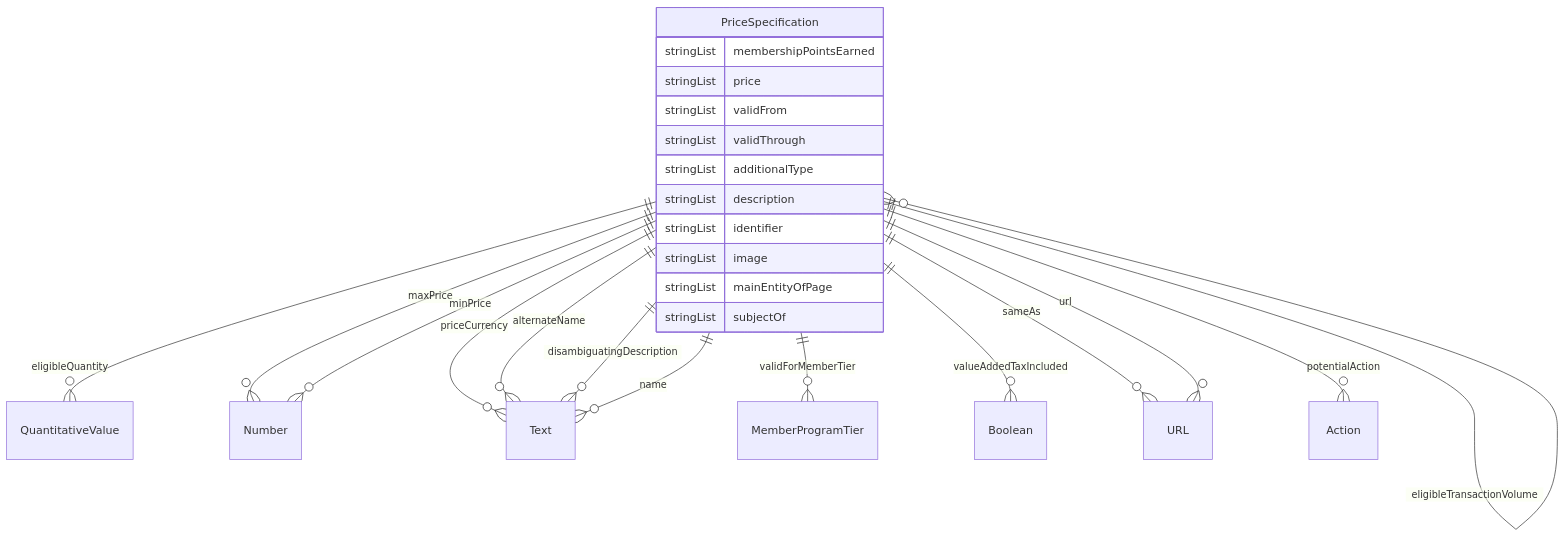
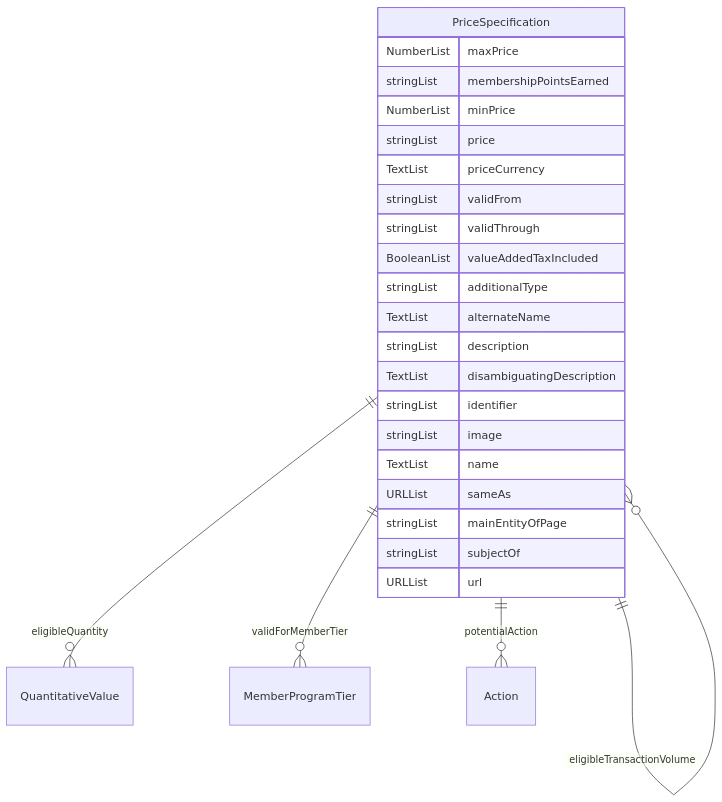
The diagram in mermaid-outputs/PriceSpecification.mmd (roblinksdata/schema-org-entity-relational-diagrams), drawn with Mermaid before and after one commit. The commit also changed 1826 other files, not shown here.

First line of the commit message:
Simplified diagrams a bit by avoiding treating literal types as classes in the mermaid diagrams.

```diff
--- a/mermaid-outputs/PriceSpecification.mmd
+++ b/mermaid-outputs/PriceSpecification.mmd
@@ -1,27 +1,27 @@
 erDiagram
 PriceSpecification {
+    NumberList maxPrice  
     stringList membershipPointsEarned  
+    NumberList minPrice  
     stringList price  
+    TextList priceCurrency  
     stringList validFrom  
     stringList validThrough  
+    BooleanList valueAddedTaxIncluded  
     stringList additionalType  
+    TextList alternateName  
     stringList description  
+    TextList disambiguatingDescription  
     stringList identifier  
     stringList image  
+    TextList name  
+    URLList sameAs  
     stringList mainEntityOfPage  
     stringList subjectOf  
+    URLList url  
 }
 
 PriceSpecification ||--}o QuantitativeValue : "eligibleQuantity"
 PriceSpecification ||--}o PriceSpecification : "eligibleTransactionVolume"
-PriceSpecification ||--}o Number : "maxPrice"
-PriceSpecification ||--}o Number : "minPrice"
-PriceSpecification ||--}o Text : "priceCurrency"
 PriceSpecification ||--}o MemberProgramTier : "validForMemberTier"
-PriceSpecification ||--}o Boolean : "valueAddedTaxIncluded"
-PriceSpecification ||--}o Text : "alternateName"
-PriceSpecification ||--}o Text : "disambiguatingDescription"
-PriceSpecification ||--}o Text : "name"
-PriceSpecification ||--}o URL : "sameAs"
 PriceSpecification ||--}o Action : "potentialAction"
-PriceSpecification ||--}o URL : "url"
```
